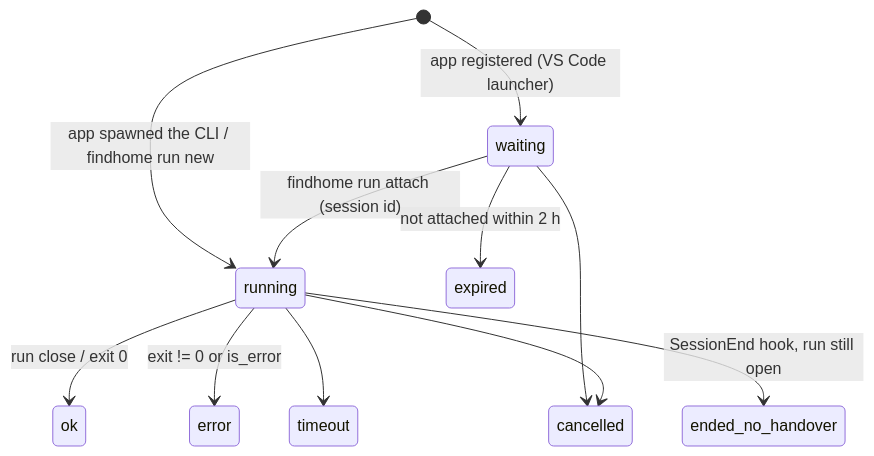
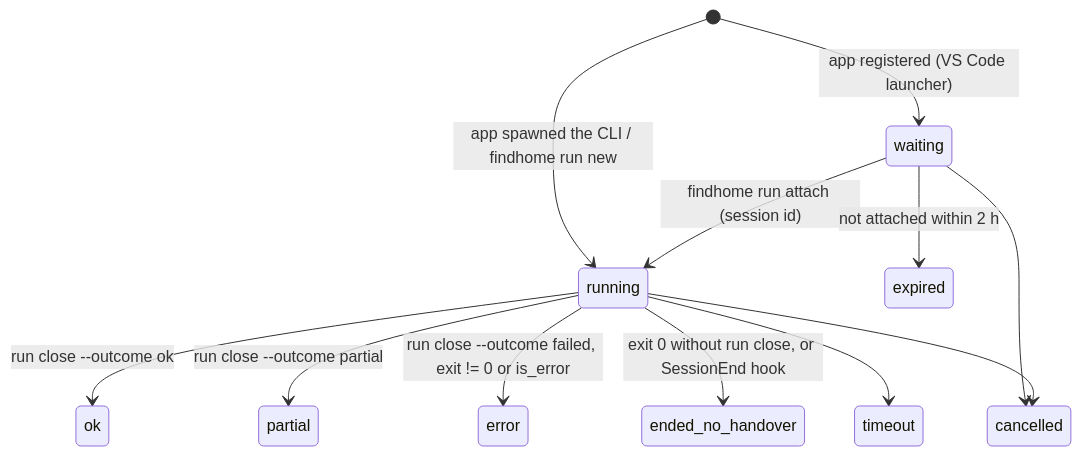
One commit to MassimilianoBiancucci/find_home changed the diagram in guide/architecture/agent_contract.md. Above: the diagram before and after it, drawn with Mermaid. The commit also changed other lines of this file and 36 other files, not shown here.

````diff
--- a/guide/architecture/agent_contract.md
+++ b/guide/architecture/agent_contract.md
@@ -79,13 +84,14 @@
 ```mermaid
 stateDiagram-v2
   [*] --> waiting: app registered (VS Code launcher)
   [*] --> running: app spawned the CLI / findhome run new
   waiting --> running: findhome run attach (session id)
   waiting --> expired: not attached within 2 h
   waiting --> cancelled
-  running --> ok: run close / exit 0
-  running --> error: exit != 0 or is_error
+  running --> ok: run close --outcome ok
+  running --> partial: run close --outcome partial
+  running --> error: run close --outcome failed, exit != 0 or is_error
+  running --> ended_no_handover: exit 0 without run close, or SessionEnd hook
   running --> timeout
   running --> cancelled
-  running --> ended_no_handover: SessionEnd hook, run still open
 ```
````
